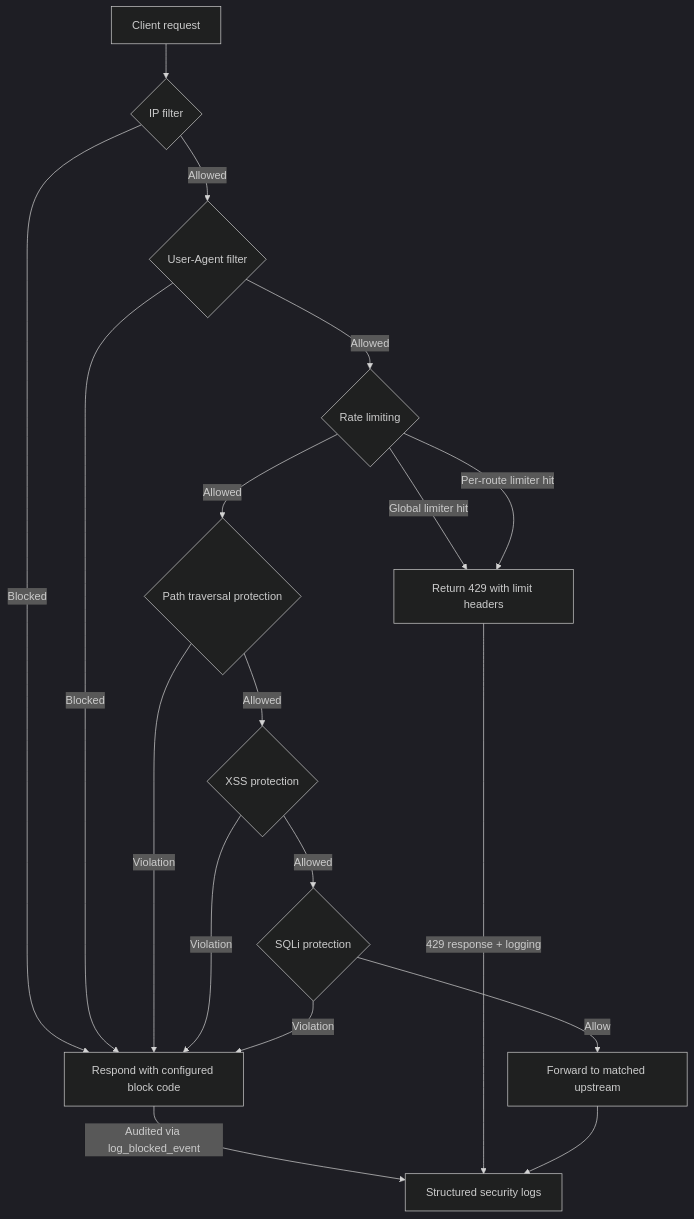
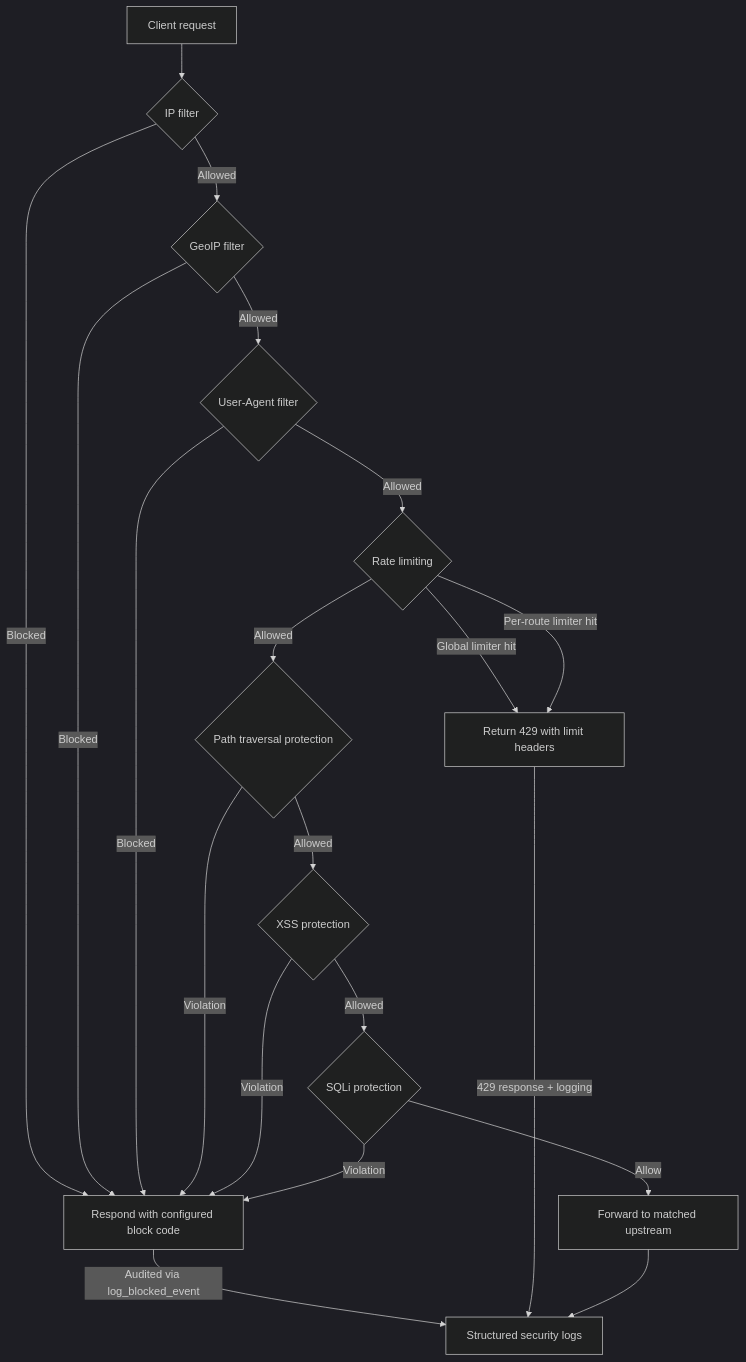
Before and after one commit to siteslave/nurada-waf: the second of 2 diagrams in README.md, drawn with Mermaid (dark theme).

Commit message:
Enhance WAF flowchart by adding GeoIP filter logic to the request handling process

````diff
--- a/README.md
+++ b/README.md
@@ -62,20 +62,22 @@
 ```mermaid
 flowchart TD
   A[Client request] --> B{IP filter}
   B -->|Blocked| Z1[Respond with configured block code]
-  B -->|Allowed| C{User-Agent filter}
+  B -->|Allowed| G1{GeoIP filter}
+  G1 -->|Blocked| Z1
+  G1 -->|Allowed| C{User-Agent filter}
   C -->|Blocked| Z1
   C -->|Allowed| D{Rate limiting}
   D -->|Global limiter hit| Z2[Return 429 with limit headers]
   D -->|Per-route limiter hit| Z2
   D -->|Allowed| E{Path traversal protection}
   E -->|Violation| Z1
   E -->|Allowed| F{XSS protection}
   F -->|Violation| Z1
   F -->|Allowed| G{SQLi protection}
   G -->|Violation| Z1
   G -->|Allow| H[Forward to matched upstream]
   Z1 -->|Audited via log_blocked_event| I[Structured security logs]
   Z2 -->|429 response + logging| I
   H --> I
 ```
````
